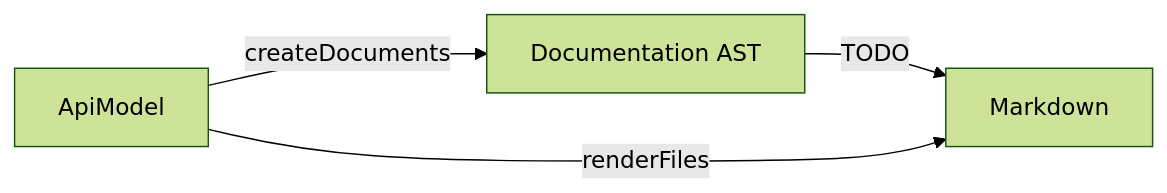
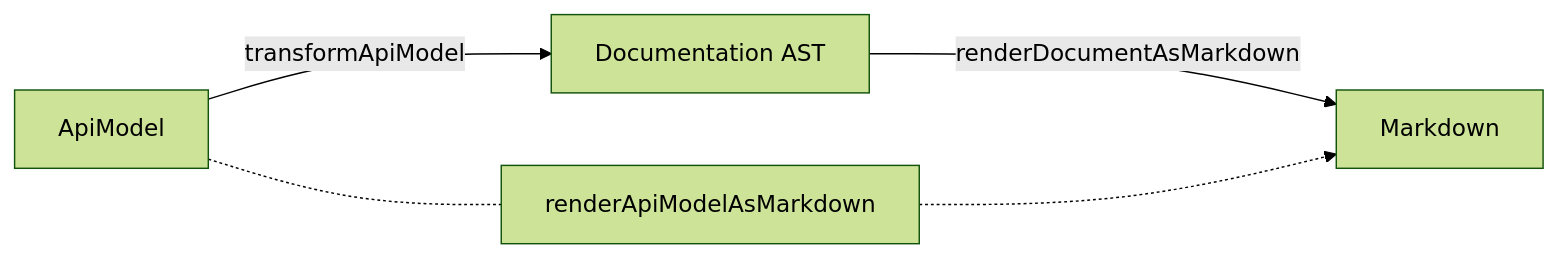
The diagram in tools/api-markdown-documenter/README.md (microsoft/FluidFramework), drawn with Mermaid (forest theme) before and after one commit. The commit also changed other lines of this file and 3 other files, not shown here.

````diff
--- a/tools/api-markdown-documenter/README.md
+++ b/tools/api-markdown-documenter/README.md
@@ -128,10 +128,10 @@
 ```mermaid
 graph LR
     A[ApiModel]
     B[Documentation AST]
     C[Markdown]
 
-    A -- createDocuments --> B
-    B -- TODO --> C
-    A -- renderFiles --> C
+    A -- transformApiModel --> B
+    B -- renderDocumentAsMarkdown --> C
+    A -.- renderApiModelAsMarkdown -.-> C
 ```
````
